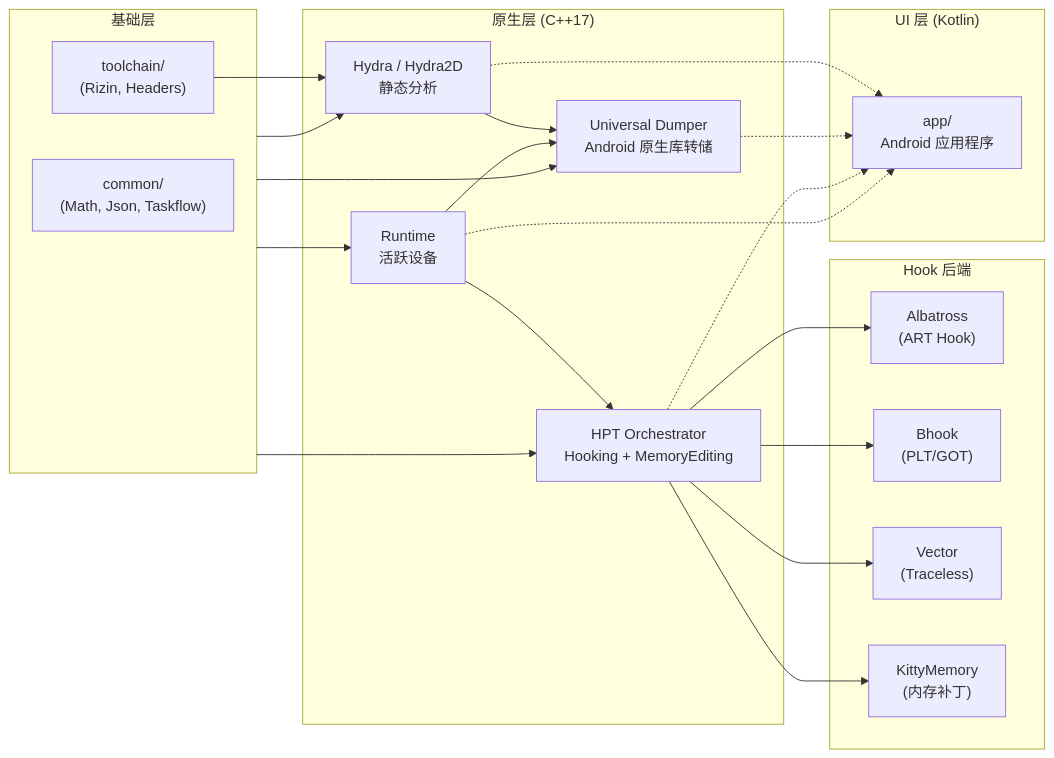
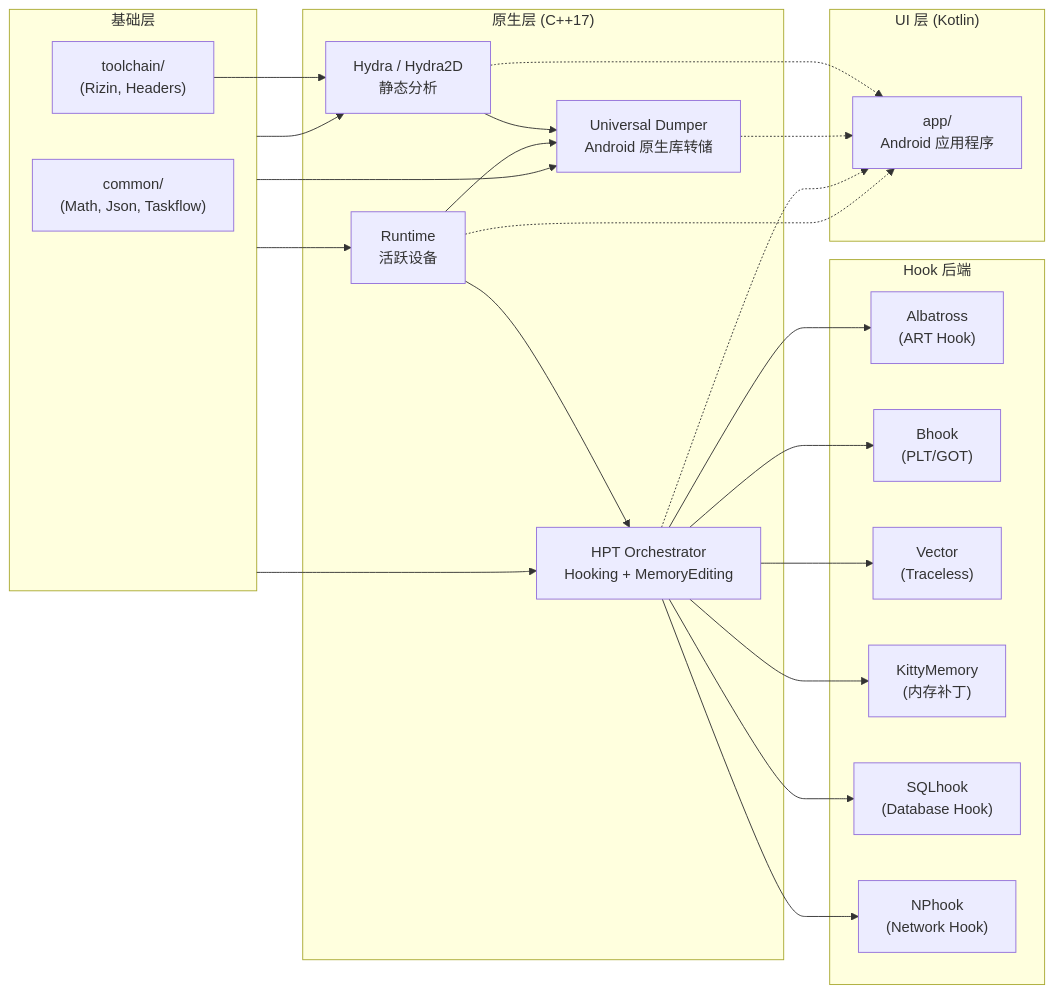
Before and after one commit to CicakDroid/OmniByte: the second of 2 diagrams in README_ZH.md, drawn with Mermaid. The commit also changed other lines of this file and 4 other files, not shown here.

Commit message:
docs: update all READMEs with DatabaseHook & NPHook in diagrams + collapsible

````diff
--- a/README_ZH.md
+++ b/README_ZH.md
@@ -247,44 +267,48 @@
 ```mermaid
 flowchart LR
     subgraph CORE["基础层"]
         COMMON["common/\n(Math, Json, Taskflow)"]
         TOOLCHAIN["toolchain/\n(Rizin, Headers)"]
     end
 
     subgraph NATIVE["原生层 (C++17)"]
         HYDRA["Hydra / Hydra2D\n静态分析"]
         DUMPER["Universal Dumper\nAndroid 原生库转储"]
         HPT["HPT Orchestrator\nHooking + MemoryEditing"]
         RUNTIME["Runtime\n活跃设备"]
     end
 
     subgraph HOOKS["Hook 后端"]
         HK_ART["Albatross\n(ART Hook)"]
         HK_BHK["Bhook\n(PLT/GOT)"]
         HK_VEC["Vector\n(Traceless)"]
         HK_KIT["KittyMemory\n(内存补丁)"]
+        HK_SQL["SQLhook\n(Database Hook)"]
+        HK_NP["NPhook\n(Network Hook)"]
     end
 
     subgraph UI["UI 层 (Kotlin)"]
         APP["app/\nAndroid 应用程序"]
     end
 
     CORE --> HYDRA
     CORE --> DUMPER
     CORE --> HPT
     CORE --> RUNTIME
     TOOLCHAIN --> HYDRA
 
     HYDRA --> DUMPER
     RUNTIME --> DUMPER
     RUNTIME --> HPT
     HPT --> HK_ART
     HPT --> HK_BHK
     HPT --> HK_VEC
     HPT --> HK_KIT
+    HPT --> HK_SQL
+    HPT --> HK_NP
 
     HYDRA -.-> APP
     DUMPER -.-> APP
     HPT -.-> APP
     RUNTIME -.-> APP
 ```
````
